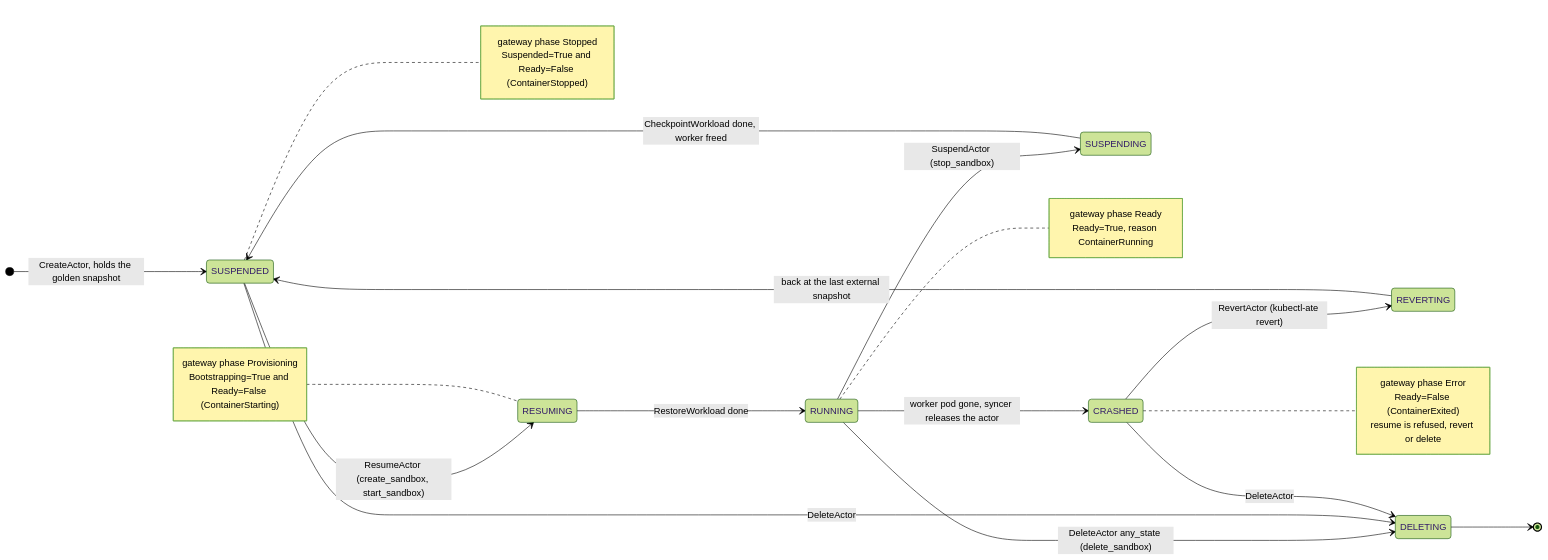
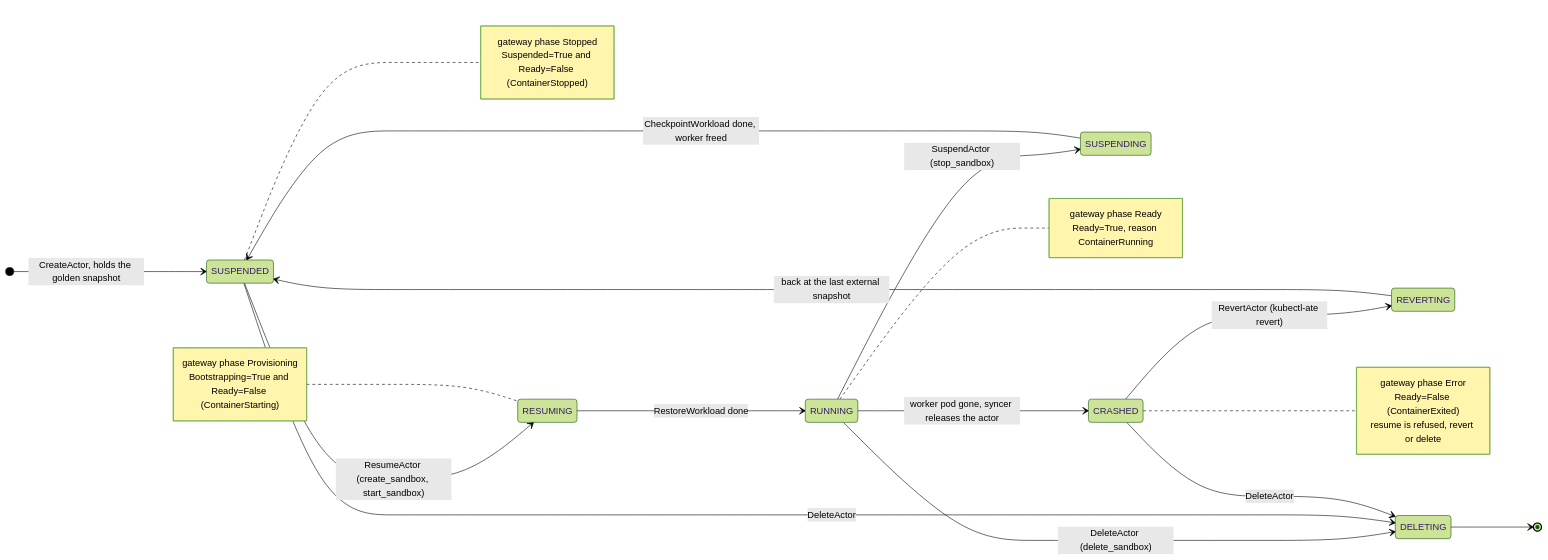
Before and after one commit to dims/openshell-driver-substrate: the third of 8 diagrams in docs/architecture.md, drawn with Mermaid (forest theme). The commit also changed other lines of this file and 4 other files, not shown here.

````diff
--- a/docs/architecture.md
+++ b/docs/architecture.md
@@ -284,34 +302,34 @@
 ```mermaid
 stateDiagram-v2
   direction LR
   [*] --> SUSPENDED: CreateActor, holds the golden snapshot
   SUSPENDED --> RESUMING: ResumeActor (create_sandbox, start_sandbox)
   RESUMING --> RUNNING: RestoreWorkload done
   RUNNING --> SUSPENDING: SuspendActor (stop_sandbox)
   SUSPENDING --> SUSPENDED: CheckpointWorkload done, worker freed
   RUNNING --> CRASHED: worker pod gone, syncer releases the actor
   CRASHED --> REVERTING: RevertActor (kubectl-ate revert)
   REVERTING --> SUSPENDED: back at the last external snapshot
-  RUNNING --> DELETING: DeleteActor any_state (delete_sandbox)
+  RUNNING --> DELETING: DeleteActor (delete_sandbox)
   SUSPENDED --> DELETING: DeleteActor
   CRASHED --> DELETING: DeleteActor
   DELETING --> [*]
 
   note right of RUNNING
     gateway phase Ready
     Ready=True, reason ContainerRunning
   end note
   note right of SUSPENDED
     gateway phase Stopped
     Suspended=True and Ready=False (ContainerStopped)
   end note
   note left of RESUMING
     gateway phase Provisioning
     Bootstrapping=True and Ready=False (ContainerStarting)
   end note
   note right of CRASHED
     gateway phase Error
     Ready=False (ContainerExited)
     resume is refused, revert or delete
   end note
 ```
````
